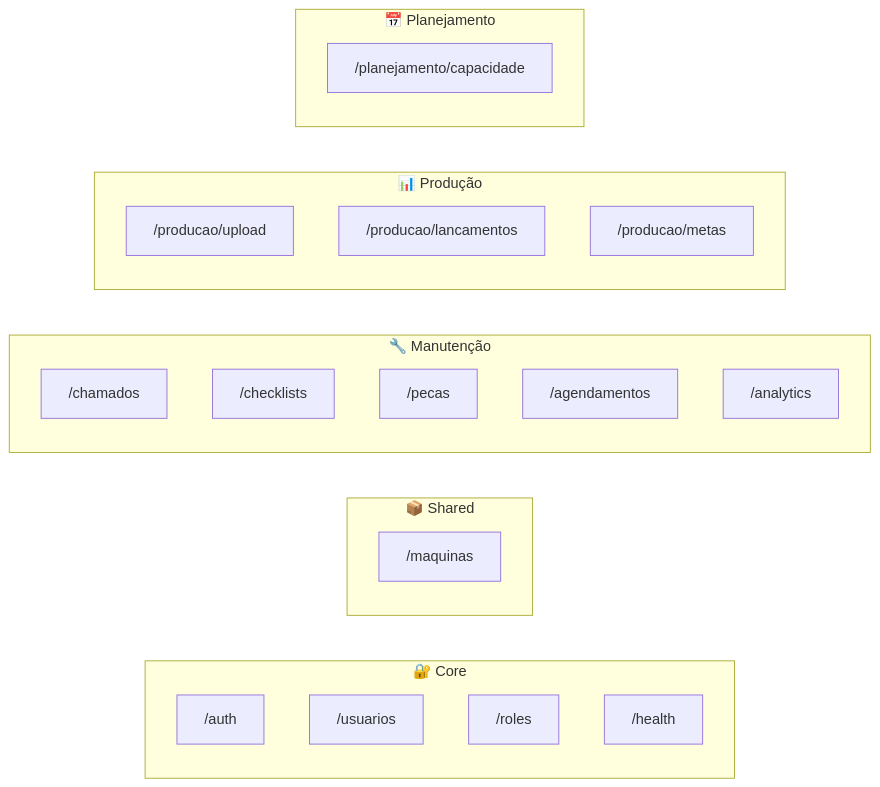
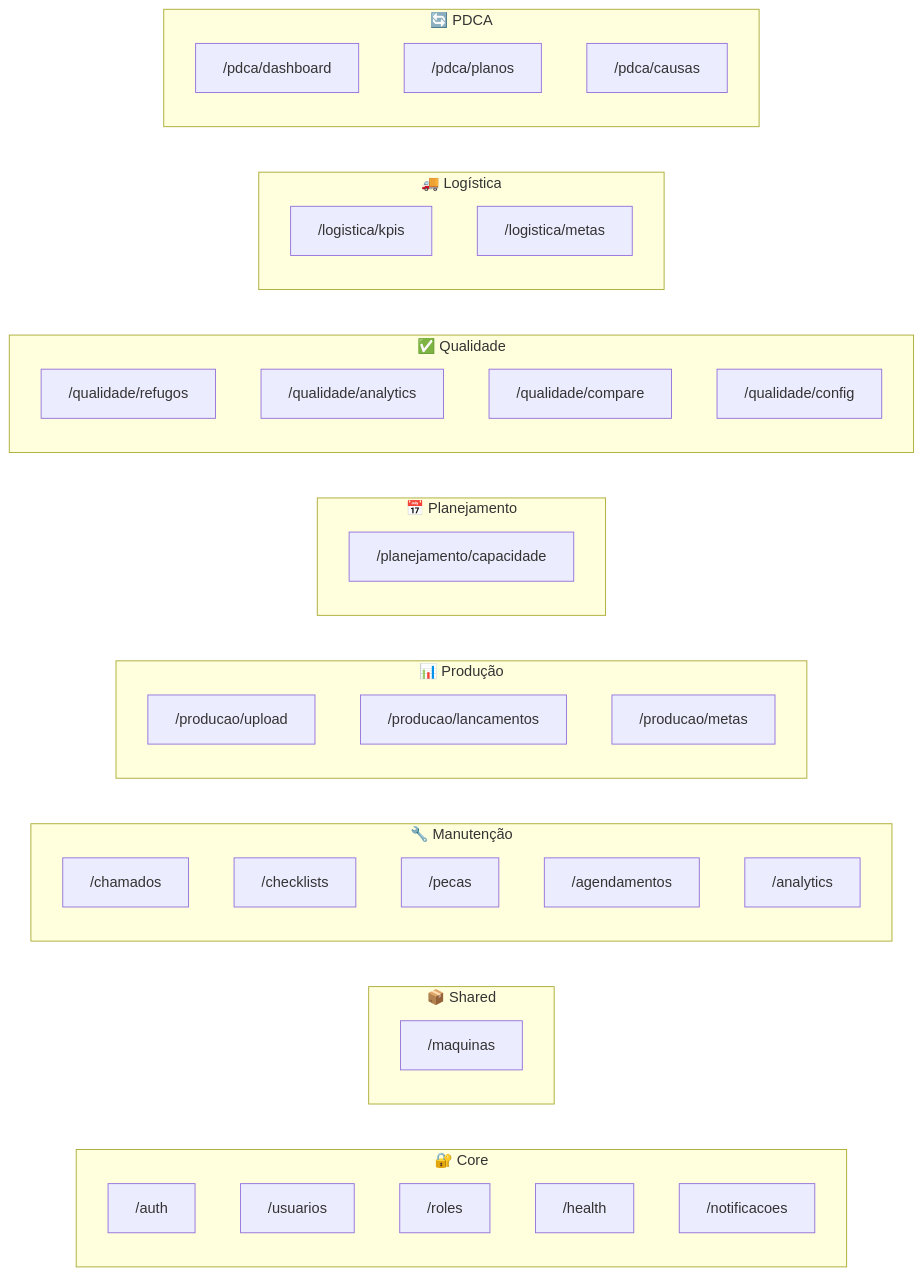
One commit to ci-palazini/SpiraView changed the second of 3 diagrams in docs/ARCHITECTURE.md. Above: the diagram before and after it, drawn with Mermaid. The commit also changed other lines of this file and 6 other files, not shown here.

````diff
--- a/docs/ARCHITECTURE.md
+++ b/docs/ARCHITECTURE.md
@@ -82,31 +82,50 @@
 ```mermaid
 flowchart LR
     subgraph Core["🔐 Core"]
         auth["/auth"]
         usuarios["/usuarios"]
         roles["/roles"]
         health["/health"]
+        notificacoes["/notificacoes"]
     end
     
     subgraph Shared["📦 Shared"]
         maquinas["/maquinas"]
     end
     
     subgraph Manutencao["🔧 Manutenção"]
         chamados["/chamados"]
         checklists["/checklists"]
         pecas["/pecas"]
         agendamentos["/agendamentos"]
         analytics["/analytics"]
     end
     
     subgraph Producao["📊 Produção"]
         upload["/producao/upload"]
         lancamentos["/producao/lancamentos"]
         metas["/producao/metas"]
     end
     
     subgraph Planejamento["📅 Planejamento"]
         capacidade["/planejamento/capacidade"]
     end
+    
+    subgraph Qualidade["✅ Qualidade"]
+        refugos["/qualidade/refugos"]
+        qualAnalytics["/qualidade/analytics"]
+        qualCompare["/qualidade/compare"]
+        qualConfig["/qualidade/config"]
+    end
+    
+    subgraph Logistica["🚚 Logística"]
+        kpis["/logistica/kpis"]
+        logMetas["/logistica/metas"]
+    end
+    
+    subgraph PDCA["🔄 PDCA"]
+        pdcaDash["/pdca/dashboard"]
+        planos["/pdca/planos"]
+        causas["/pdca/causas"]
+    end
 ```
````
